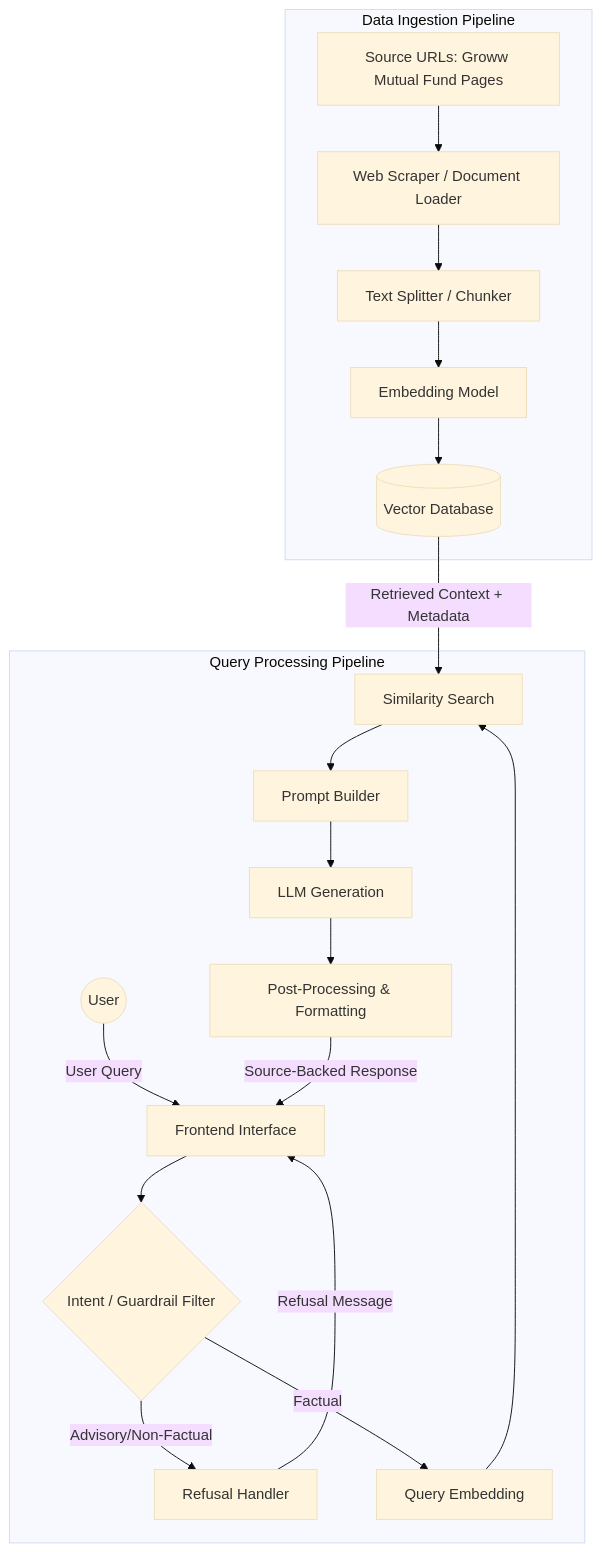
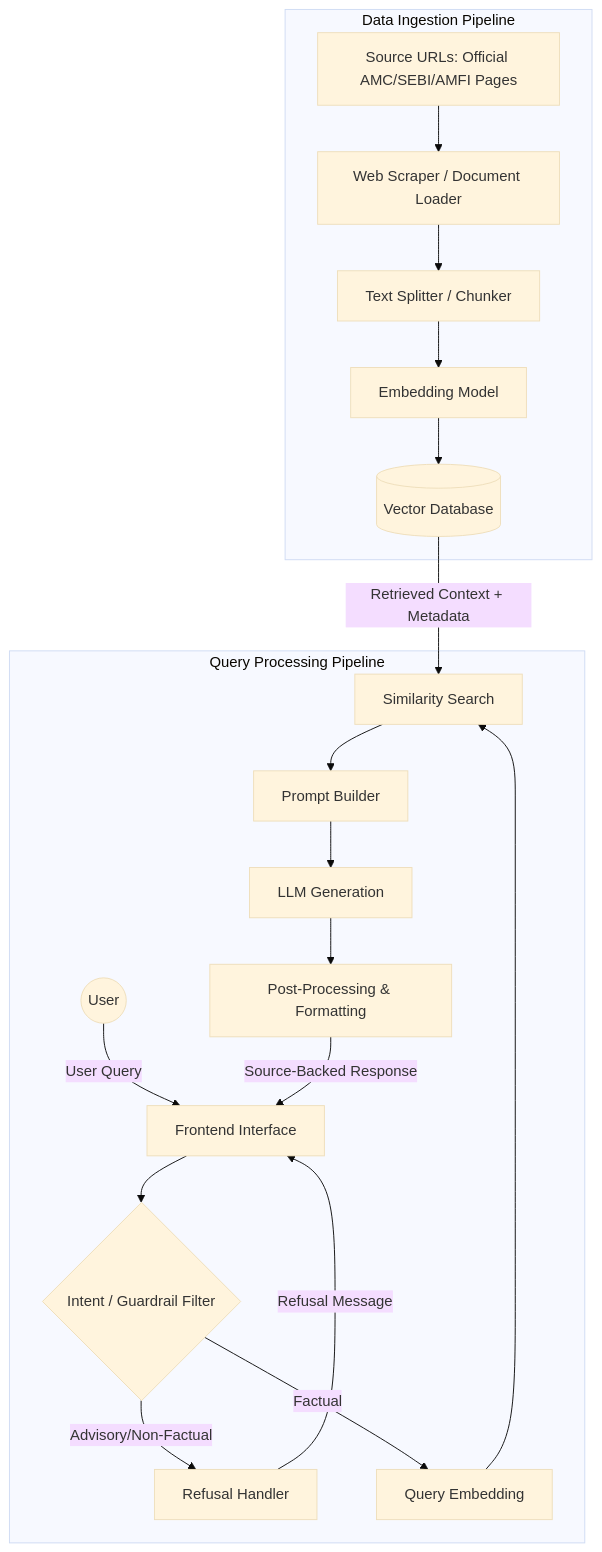
One commit to drssaibaba-marketing/mutual-fund-faq-assistant changed the diagram in architecture.md. Above: the diagram before and after it, drawn with Mermaid (base theme). The commit also changed other lines of this file and 15 other files, not shown here.

````diff
--- a/architecture.md
+++ b/architecture.md
@@ -8,26 +8,26 @@
 ```mermaid
 graph TD
     %% Data Ingestion Phase
     subgraph Data Ingestion Pipeline
-        A[Source URLs: Groww Mutual Fund Pages] --> B[Web Scraper / Document Loader]
+        A[Source URLs: Official AMC/SEBI/AMFI Pages] --> B[Web Scraper / Document Loader]
         B --> C[Text Splitter / Chunker]
         C --> D[Embedding Model]
         D --> E[(Vector Database)]
     end
 
     %% Query Processing Phase
     subgraph Query Processing Pipeline
         U((User)) -->|User Query| F[Frontend Interface]
         F --> G{Intent / Guardrail Filter}
         G -- Advisory/Non-Factual --> H[Refusal Handler]
         G -- Factual --> I[Query Embedding]
         I --> J[Similarity Search]
         E -->|Retrieved Context + Metadata| J
         J --> K[Prompt Builder]
         K --> L[LLM Generation]
         L --> M[Post-Processing & Formatting]
     end
     
     H -->|Refusal Message| F
     M -->|Source-Backed Response| F
 ```
````
